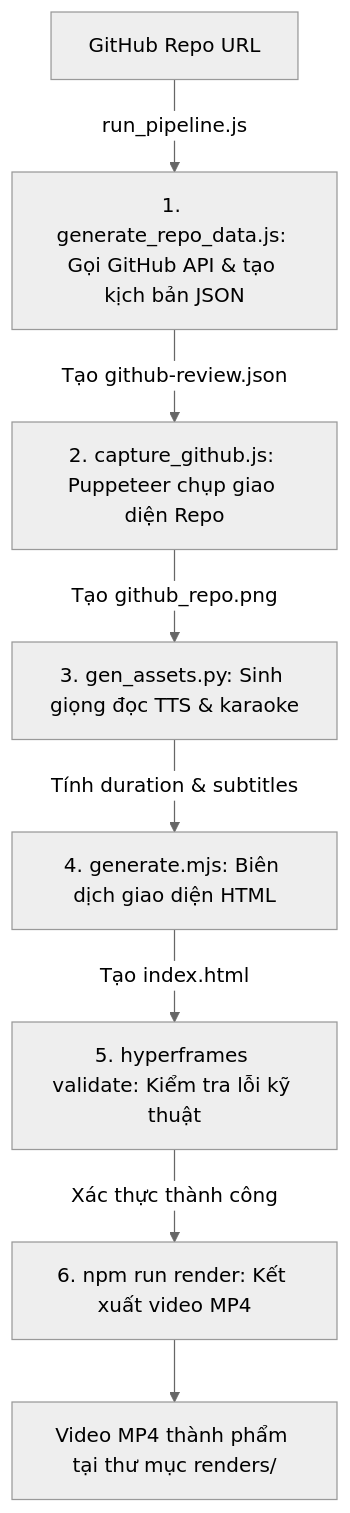
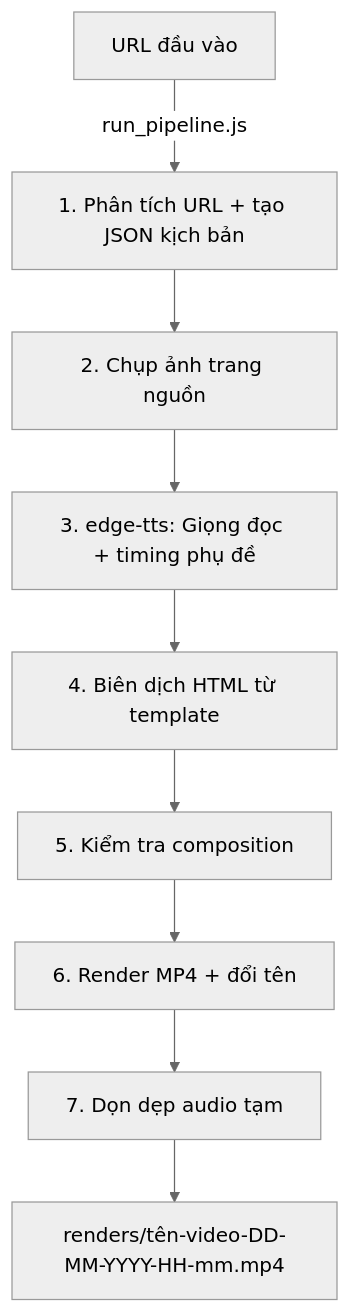
One commit to vietcuong2004/VNP_HyperFrames changed the diagram in workflow.md. Above: the diagram before and after it, drawn with Mermaid (neutral theme). The commit also changed other lines of this file and 25 other files, not shown here.

````diff
--- a/workflow.md
+++ b/workflow.md
@@ -22,10 +23,11 @@
 ```mermaid
 graph TD
-    URL[GitHub Repo URL] -->|run_pipeline.js| R_DATA[1. generate_repo_data.js: Gọi GitHub API & tạo kịch bản JSON]
-    R_DATA -->|Tạo github-review.json| CAPTURE[2. capture_github.js: Puppeteer chụp giao diện Repo]
-    CAPTURE -->|Tạo github_repo.png| TTS[3. gen_assets.py: Sinh giọng đọc TTS & karaoke]
-    TTS -->|Tính duration & subtitles| GEN[4. generate.mjs: Biên dịch giao diện HTML]
-    GEN -->|Tạo index.html| VALIDATE[5. hyperframes validate: Kiểm tra lỗi kỹ thuật]
-    VALIDATE -->|Xác thực thành công| RENDER[6. npm run render: Kết xuất video MP4]
-    RENDER --> OUT[Video MP4 thành phẩm tại thư mục renders/]
+    URL[URL đầu vào] -->|run_pipeline.js| ANALYZE[1. Phân tích URL + tạo JSON kịch bản]
+    ANALYZE --> CAPTURE[2. Chụp ảnh trang nguồn]
+    CAPTURE --> TTS[3. edge-tts: Giọng đọc + timing phụ đề]
+    TTS --> GEN[4. Biên dịch HTML từ template]
+    GEN --> VALIDATE[5. Kiểm tra composition]
+    VALIDATE --> RENDER[6. Render MP4 + đổi tên]
+    RENDER --> CLEANUP[7. Dọn dẹp audio tạm]
+    CLEANUP --> OUT[renders/tên-video-DD-MM-YYYY-HH-mm.mp4]
 ```
````
